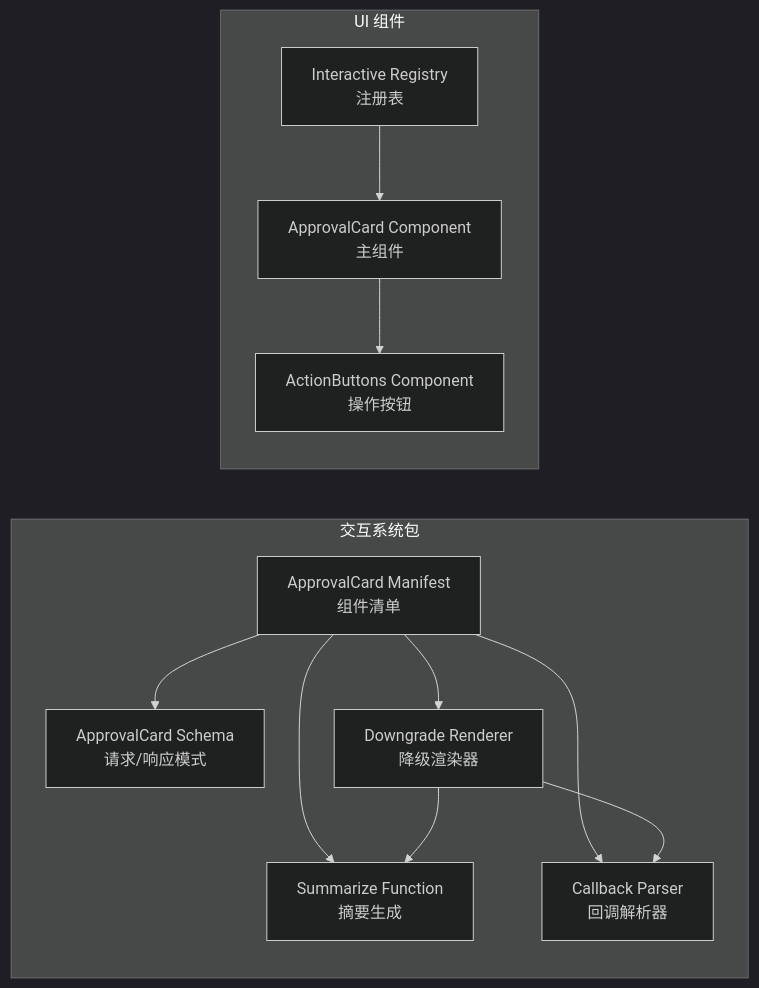
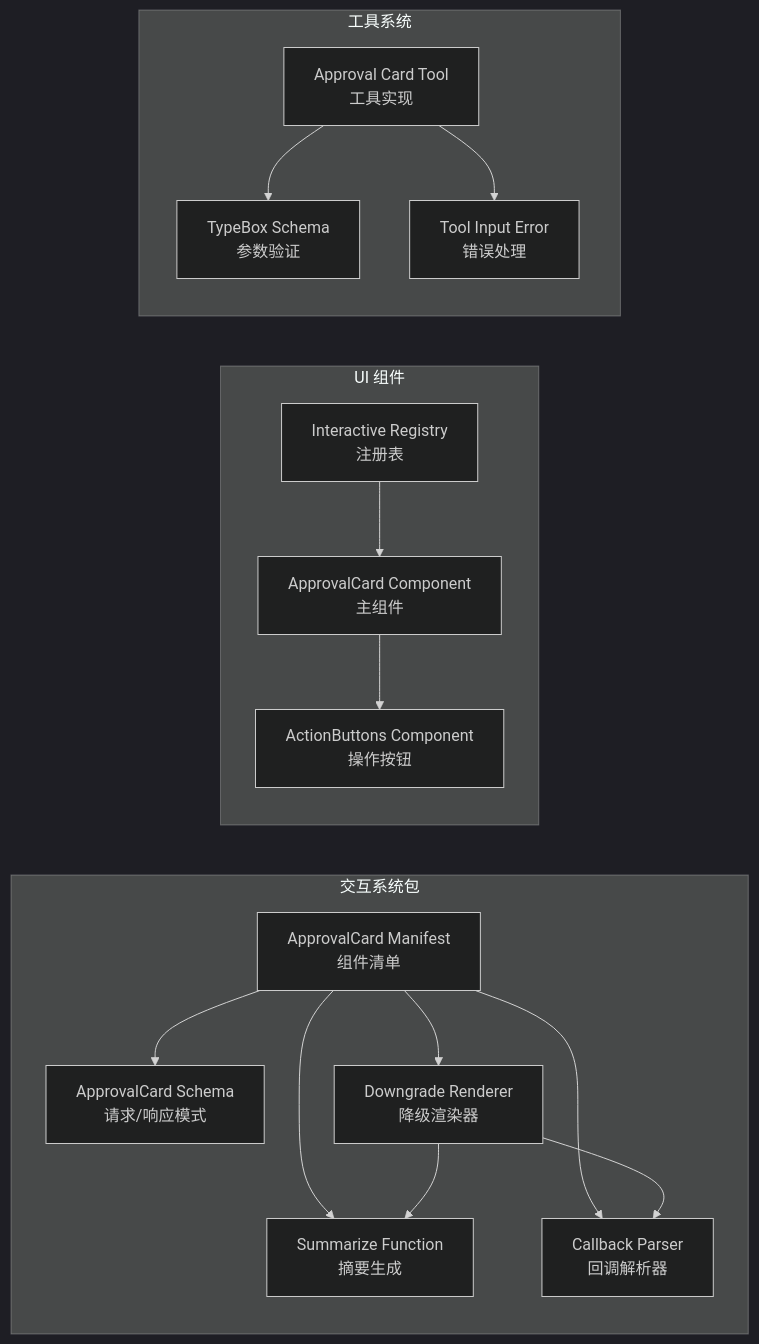
Before and after one commit to verse-ai-org/openclaw: the seventh of 10 diagrams in .qoder/repowiki/zh/content/Web界面/UI组件系统/工具UI组件/审批卡片组件.md, drawn with Mermaid (dark theme). The commit also changed other lines of this file and 11 other files, not shown here.

````diff
--- a/.qoder/repowiki/zh/content/Web界面/UI组件系统/工具UI组件/审批卡片组件.md
+++ b/.qoder/repowiki/zh/content/Web界面/UI组件系统/工具UI组件/审批卡片组件.md
@@ -388,23 +419,30 @@
 ```mermaid
 graph LR
 subgraph "交互系统包"
 A[ApprovalCard Manifest<br/>组件清单]
 B[ApprovalCard Schema<br/>请求/响应模式]
 C[Downgrade Renderer<br/>降级渲染器]
 D[Summarize Function<br/>摘要生成]
 E[Callback Parser<br/>回调解析器]
 end
 subgraph "UI 组件"
 F[ApprovalCard Component<br/>主组件]
 G[ActionButtons Component<br/>操作按钮]
 H[Interactive Registry<br/>注册表]
 end
+subgraph "工具系统"
+I[Approval Card Tool<br/>工具实现]
+J[TypeBox Schema<br/>参数验证]
+K[Tool Input Error<br/>错误处理]
+end
 A --> B
 A --> C
 A --> D
 A --> E
 F --> G
 H --> F
 C --> D
 C --> E
+I --> J
+I --> K
 ```
````
